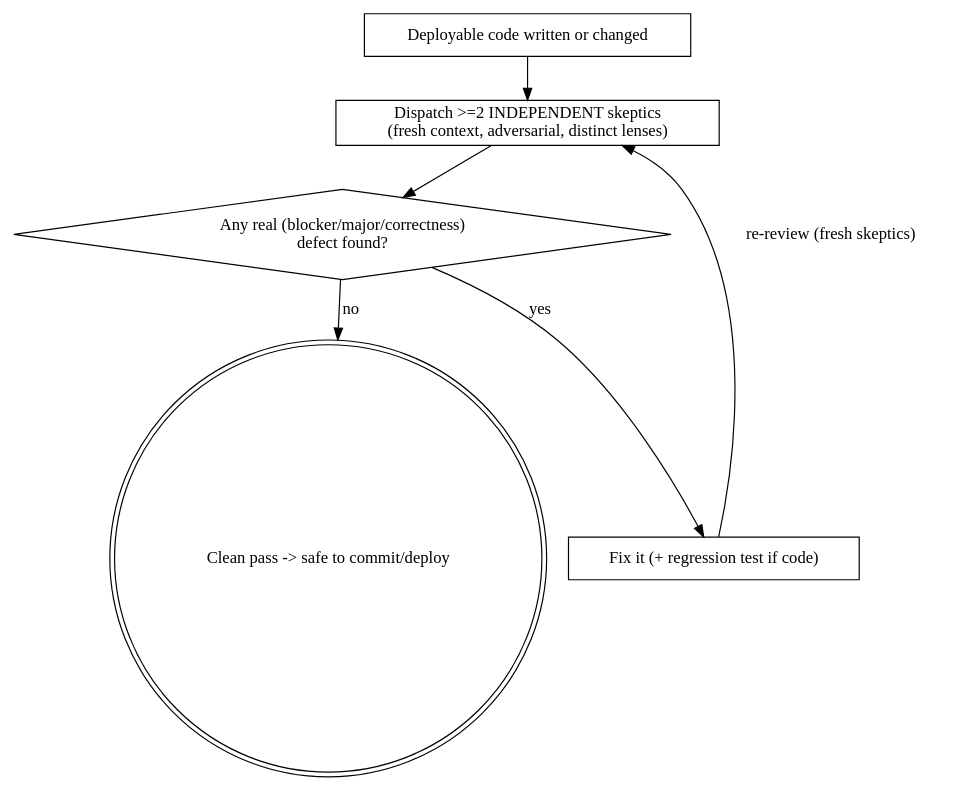
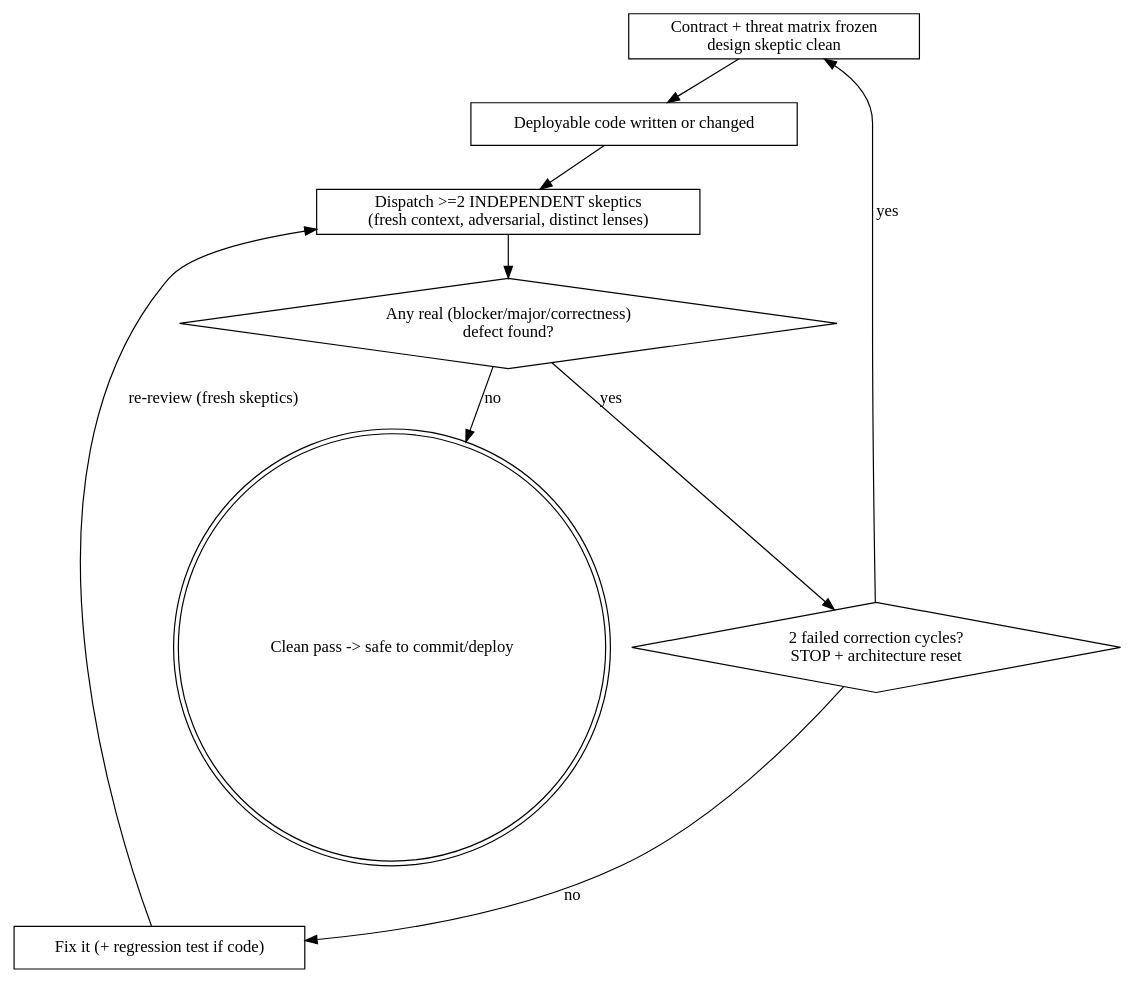
Before and after one commit to gdrusse/dskit: the diagram in docs/skills/skeptic-review.md, drawn with Graphviz. The commit also changed other lines of this file and 3 other files, not shown here.

````diff
--- a/docs/skills/skeptic-review.md
+++ b/docs/skills/skeptic-review.md
@@ -31,15 +67,20 @@
 ```dot
 digraph skeptic_loop {
+    matrix   [label="Contract + threat matrix frozen\ndesign skeptic clean", shape=box];
     written  [label="Deployable code written or changed", shape=box];
     dispatch [label="Dispatch >=2 INDEPENDENT skeptics\n(fresh context, adversarial, distinct lenses)", shape=box];
     found    [label="Any real (blocker/major/correctness)\ndefect found?", shape=diamond];
     fix      [label="Fix it (+ regression test if code)", shape=box];
+    reset    [label="2 failed correction cycles?\nSTOP + architecture reset", shape=diamond];
     done     [label="Clean pass -> safe to commit/deploy", shape=doublecircle];
 
+    matrix -> written;
     written -> dispatch;
     dispatch -> found;
-    found -> fix [label="yes"];
+    found -> reset [label="yes"];
+    reset -> fix [label="no"];
+    reset -> matrix [label="yes"];
     fix -> dispatch [label="re-review (fresh skeptics)"];
     found -> done [label="no"];
 }
 ```
````
